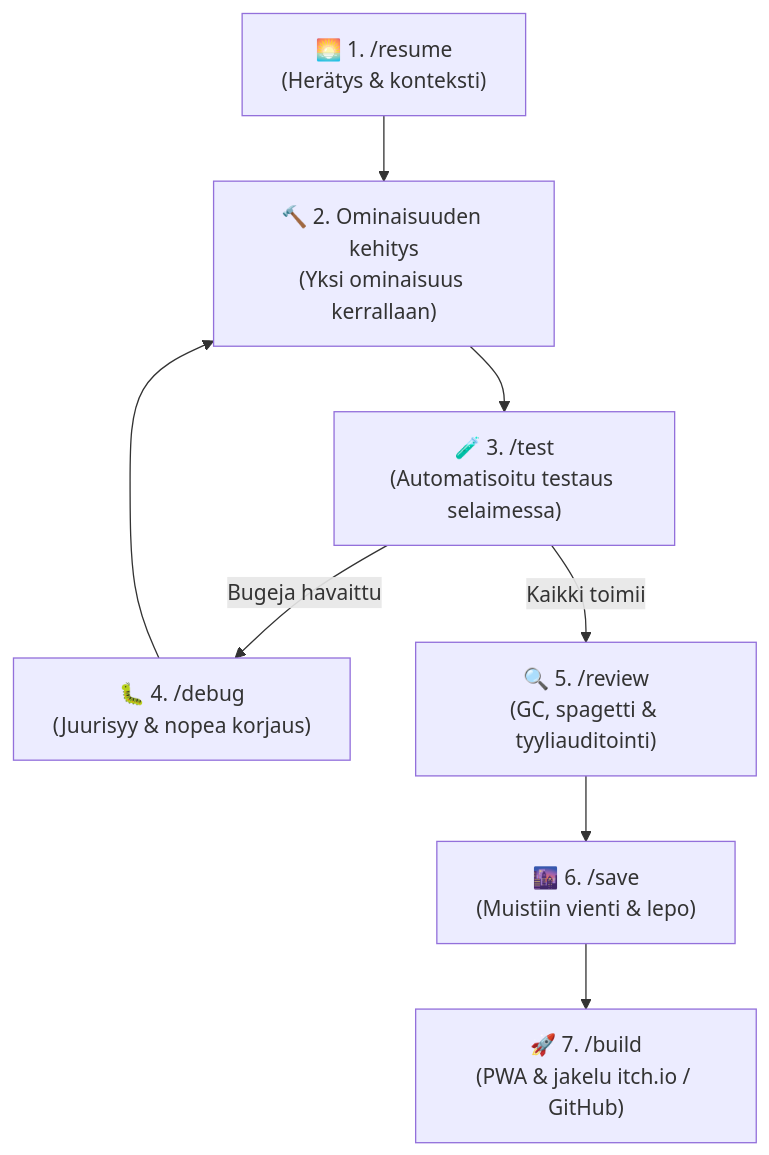
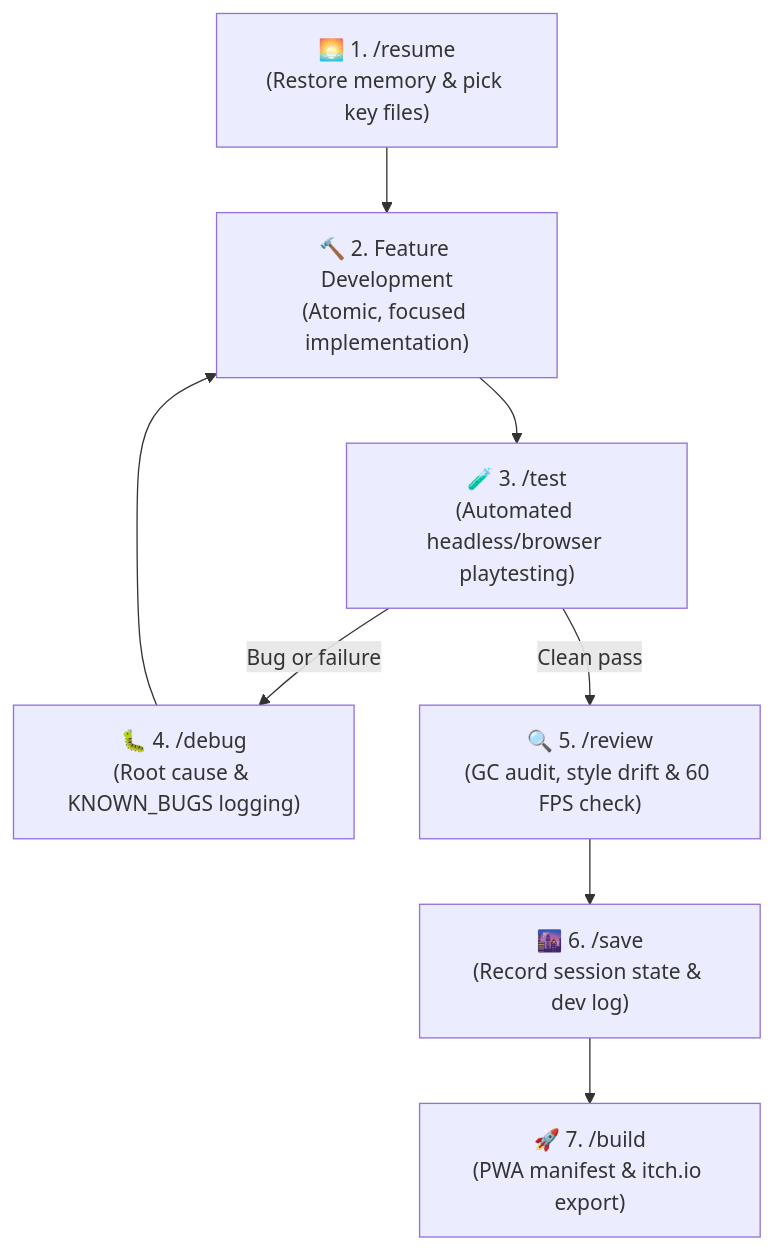
The diagram in README.md (Samrude1/Agentic-games-template), drawn with Mermaid before and after one commit. The commit also changed other lines of this file, not shown here.

````diff
--- a/README.md
+++ b/README.md
@@ -75,10 +29,10 @@
 ```mermaid
 graph TD
-    A["🌅 1. /resume<br/>(Herätys & konteksti)"] --> B["🔨 2. Ominaisuuden kehitys<br/>(Yksi ominaisuus kerrallaan)"]
-    B --> C["🧪 3. /test<br/>(Automatisoitu testaus selaimessa)"]
-    C -- Bugeja havaittu --> D["🐛 4. /debug<br/>(Juurisyy & nopea korjaus)"]
+    A["🌅 1. /resume<br/>(Restore memory & pick key files)"] --> B["🔨 2. Feature Development<br/>(Atomic, focused implementation)"]
+    B --> C["🧪 3. /test<br/>(Automated headless/browser playtesting)"]
+    C -- Bug or failure --> D["🐛 4. /debug<br/>(Root cause & KNOWN_BUGS logging)"]
     D --> B
-    C -- Kaikki toimii --> E["🔍 5. /review<br/>(GC, spagetti & tyyliauditointi)"]
-    E --> F["🌆 6. /save<br/>(Muistiin vienti & lepo)"]
-    F --> G["🚀 7. /build<br/>(PWA & jakelu itch.io / GitHub)"]
+    C -- Clean pass --> E["🔍 5. /review<br/>(GC audit, style drift & 60 FPS check)"]
+    E --> F["🌆 6. /save<br/>(Record session state & dev log)"]
+    F --> G["🚀 7. /build<br/>(PWA manifest & itch.io export)"]
 ```
````
